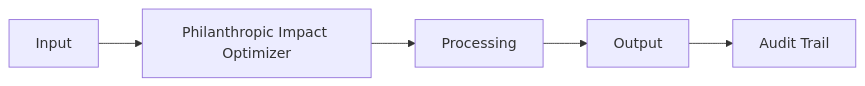
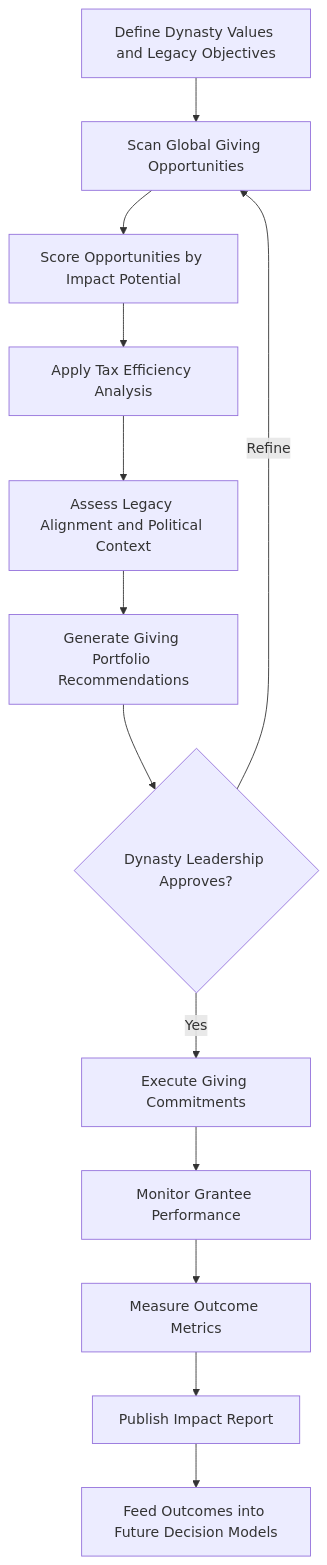
Before and after one commit to andrew-leo-2024/marketplace-docs: the diagram in docs/audiences/05-dynasties/philanthropic-impact-optimizer.mdx, drawn with Mermaid. The commit also changed other lines of this file and 401 other files, not shown here.

````diff
--- a/docs/audiences/05-dynasties/philanthropic-impact-optimizer.mdx
+++ b/docs/audiences/05-dynasties/philanthropic-impact-optimizer.mdx
@@ -29,7 +35,15 @@
 ```mermaid
-graph LR
-    A[Input] --> B[Philanthropic Impact Optimizer]
-    B --> C[Processing]
-    C --> D[Output]
-    D --> E[Audit Trail]
+graph TD
+    A[Define Dynasty Values and Legacy Objectives] --> B[Scan Global Giving Opportunities]
+    B --> C[Score Opportunities by Impact Potential]
+    C --> D[Apply Tax Efficiency Analysis]
+    D --> E[Assess Legacy Alignment and Political Context]
+    E --> F[Generate Giving Portfolio Recommendations]
+    F --> G{Dynasty Leadership Approves?}
+    G -->|Yes| H[Execute Giving Commitments]
+    G -->|Refine| B
+    H --> I[Monitor Grantee Performance]
+    I --> J[Measure Outcome Metrics]
+    J --> K[Publish Impact Report]
+    K --> L[Feed Outcomes into Future Decision Models]
 ```
````
